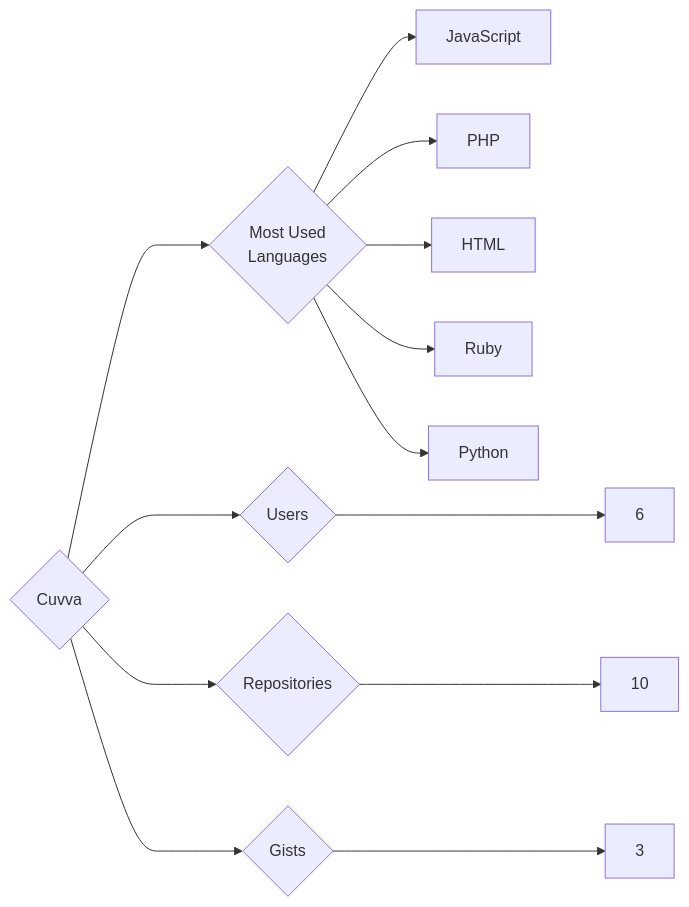
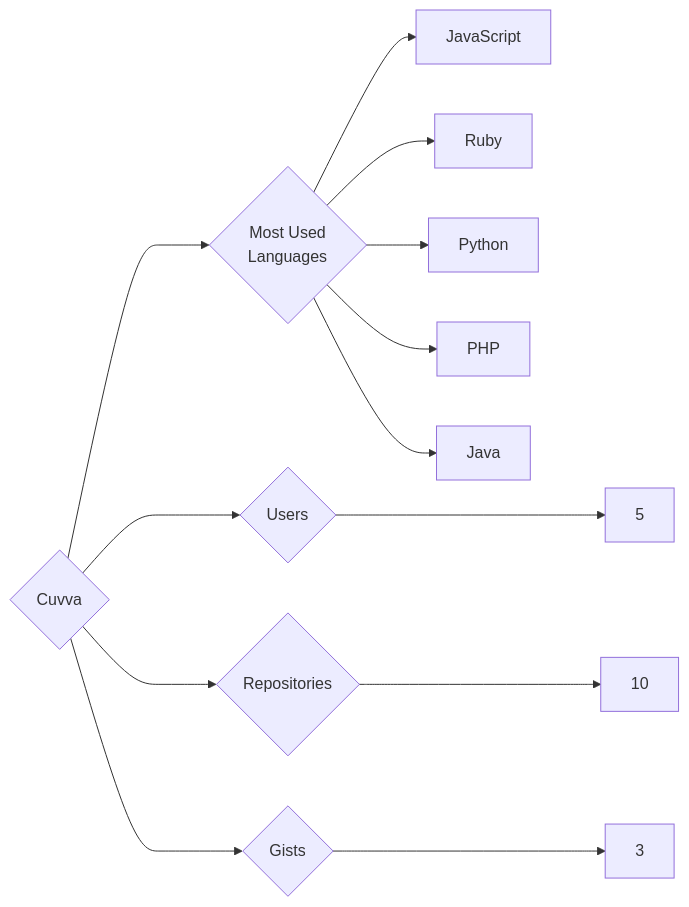
Before and after one commit to trickest/insiders: the diagram in targets/Cuvva/README.md, drawn with Mermaid. The commit also changed 1023 other files, not shown here.

````diff
--- a/targets/Cuvva/README.md
+++ b/targets/Cuvva/README.md
@@ -3,13 +3,13 @@
 ```mermaid
 graph LR
 COMPANY_NAME{Cuvva}
-COMPANY_NAME ---> U{Users} ---> UN[6]
+COMPANY_NAME ---> U{Users} ---> UN[5]
 COMPANY_NAME ---> R{Repositories} ---> RN[10]
 COMPANY_NAME ---> G{Gists} ---> GN[3]
 COMPANY_NAME ---> ML{Most Used<br>Languages}
 ML --> JavaScript[JavaScript]
-ML --> PHP[PHP]
-ML --> HTML[HTML]
 ML --> Ruby[Ruby]
 ML --> Python[Python]
+ML --> PHP[PHP]
+ML --> Java[Java]
 ```
````
